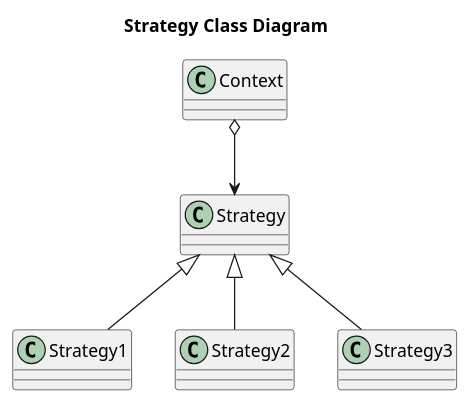
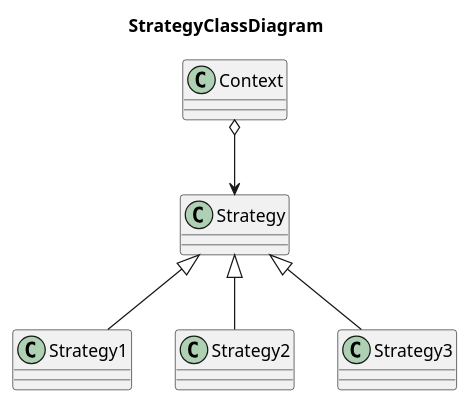
Before and after one commit to LuMoehlenkamp/gitTest: the diagram in docs/src/classdiagram.plantuml, drawn with PlantUML. The commit also changed 2 other files, not shown here.

Commit message:
renamed Strategy Class Diagram

```diff
--- a/docs/src/classdiagram.plantuml
+++ b/docs/src/classdiagram.plantuml
@@ -1,15 +1,15 @@
 @startuml 
-title Strategy Class Diagram
+title StrategyClassDiagram
 
 class Strategy 
 class Strategy1
 class Strategy2
 class Strategy3
 class Context
 
 Context o--> Strategy
 Strategy <|-- Strategy1
 Strategy <|-- Strategy2
 Strategy <|-- Strategy3
 
 @enduml
```
